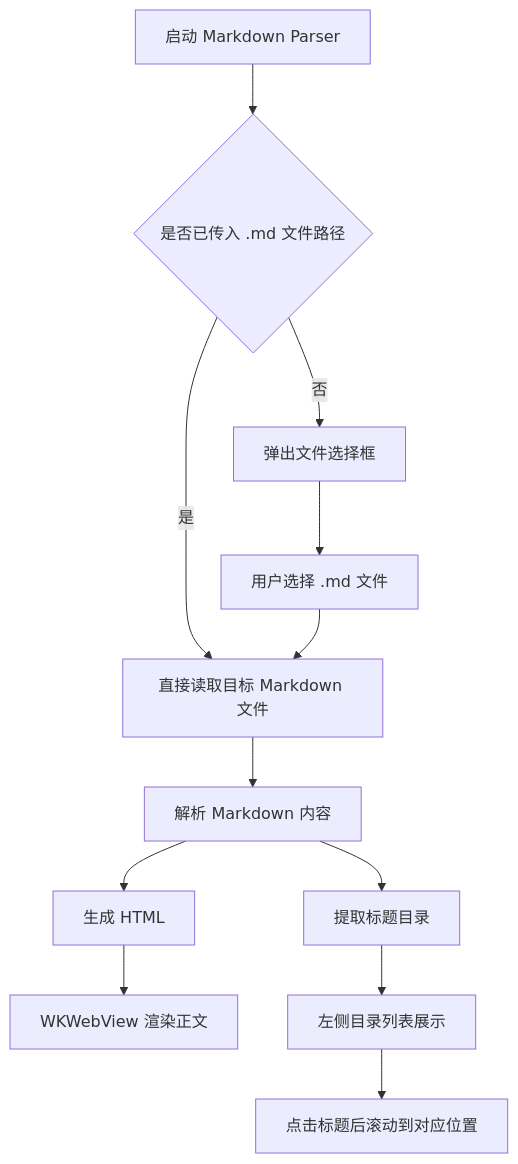
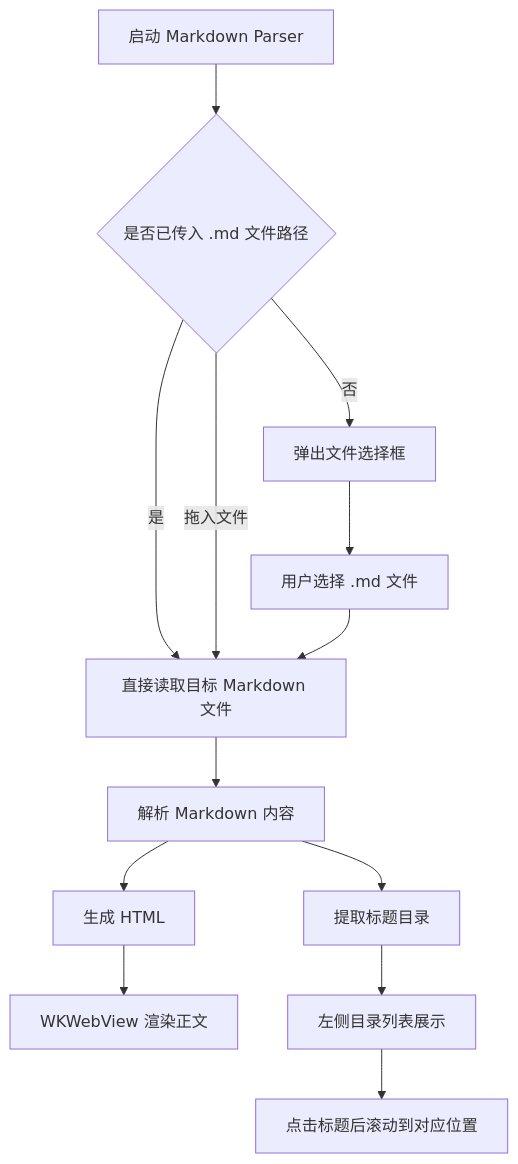
The first of 2 diagrams in README.md (snow95812/markDownView), drawn with Mermaid before and after one commit. The commit also changed other lines of this file and 1 other file, not shown here.

````diff
--- a/README.md
+++ b/README.md
@@ -98,14 +99,15 @@
 ```mermaid
 flowchart TD
   A[启动 Markdown Parser] --> B{是否已传入 .md 文件路径}
   B -->|是| C[直接读取目标 Markdown 文件]
   B -->|否| D[弹出文件选择框]
+  B -->|拖入文件| C
   D --> E[用户选择 .md 文件]
   E --> C
   C --> F[解析 Markdown 内容]
   F --> G[提取标题目录]
   F --> H[生成 HTML]
   H --> I[WKWebView 渲染正文]
   G --> J[左侧目录列表展示]
   J --> K[点击标题后滚动到对应位置]
 ```
````
